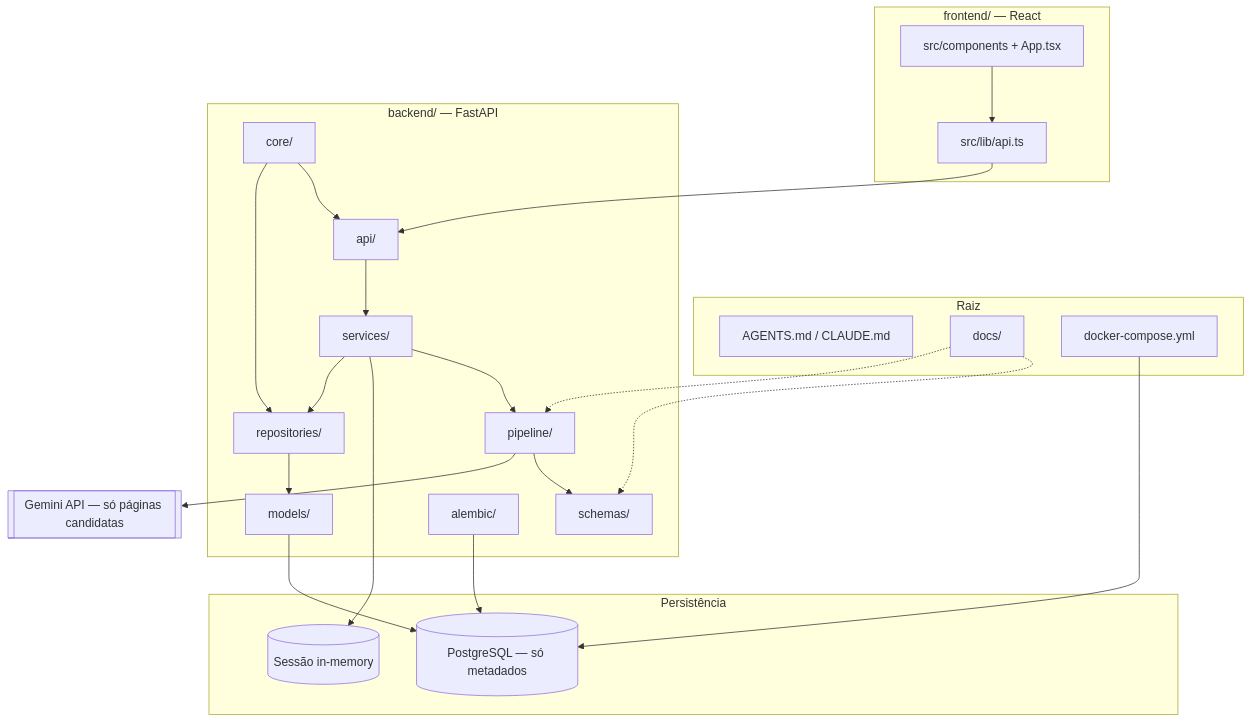
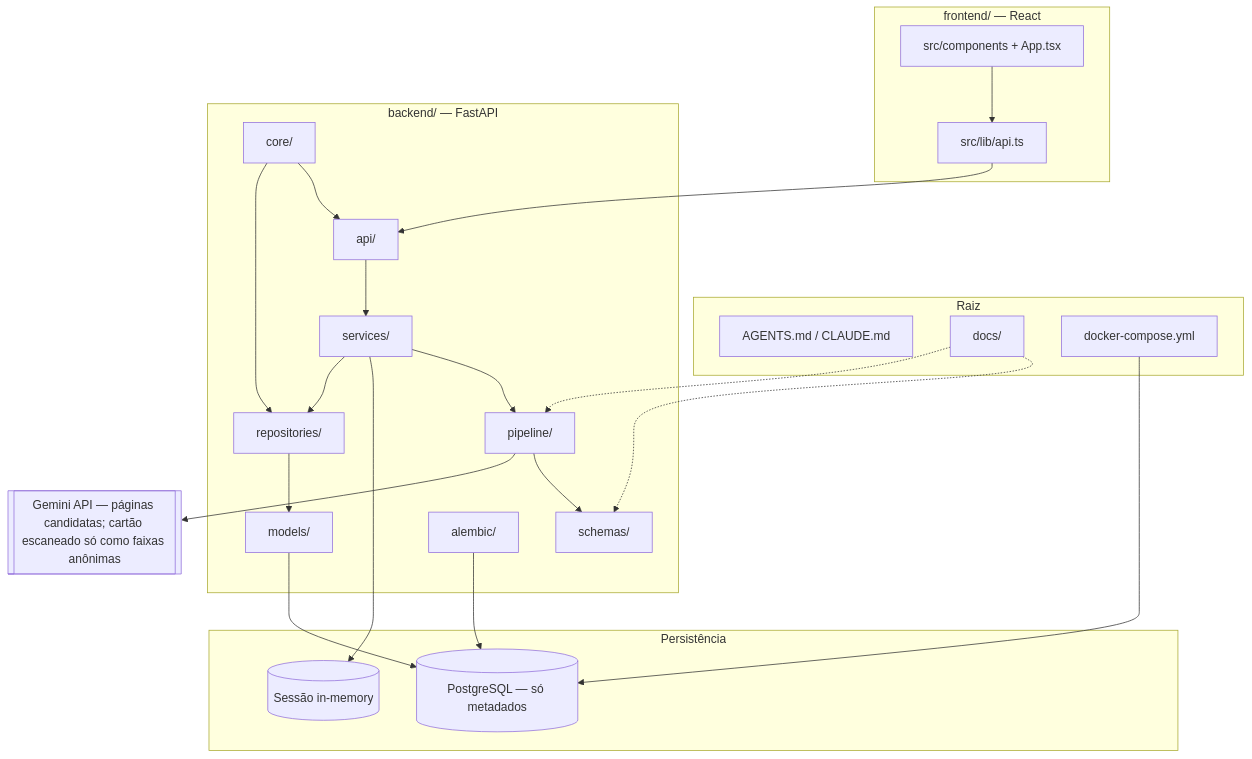
The diagram in README.md (magal-dev/veritas-ai), drawn with Mermaid before and after one commit. The commit also changed other lines of this file and 20 other files, not shown here.

````diff
--- a/README.md
+++ b/README.md
@@ -44,48 +47,48 @@
 ```mermaid
 flowchart TB
   subgraph root [Raiz]
     AGENTS[AGENTS.md / CLAUDE.md]
     DOCS[docs/]
     COMPOSE[docker-compose.yml]
   end
 
   subgraph frontend [frontend/ — React]
   UI[src/components + App.tsx]
   API_CLIENT[src/lib/api.ts]
   end
 
   subgraph backend [backend/ — FastAPI]
     API[api/]
     SVC[services/]
     PIPE[pipeline/]
     SCH[schemas/]
     MOD[models/]
     REPO[repositories/]
     CORE[core/]
     ALE[alembic/]
   end
 
   subgraph data [Persistência]
     MEM[(Sessão in-memory)]
     PG[(PostgreSQL — só metadados)]
   end
 
-  GEMINI[[Gemini API — só páginas candidatas]]
+  GEMINI[[Gemini API — páginas candidatas; cartão escaneado só como faixas anônimas]]
 
   UI --> API_CLIENT
   API_CLIENT --> API
   API --> SVC
   SVC --> PIPE
   SVC --> MEM
   PIPE --> SCH
   PIPE --> GEMINI
   SVC --> REPO
   REPO --> MOD
   MOD --> PG
   CORE --> API
   CORE --> REPO
   DOCS -.-> SCH
   DOCS -.-> PIPE
   ALE --> PG
   COMPOSE --> PG
 ```
````
